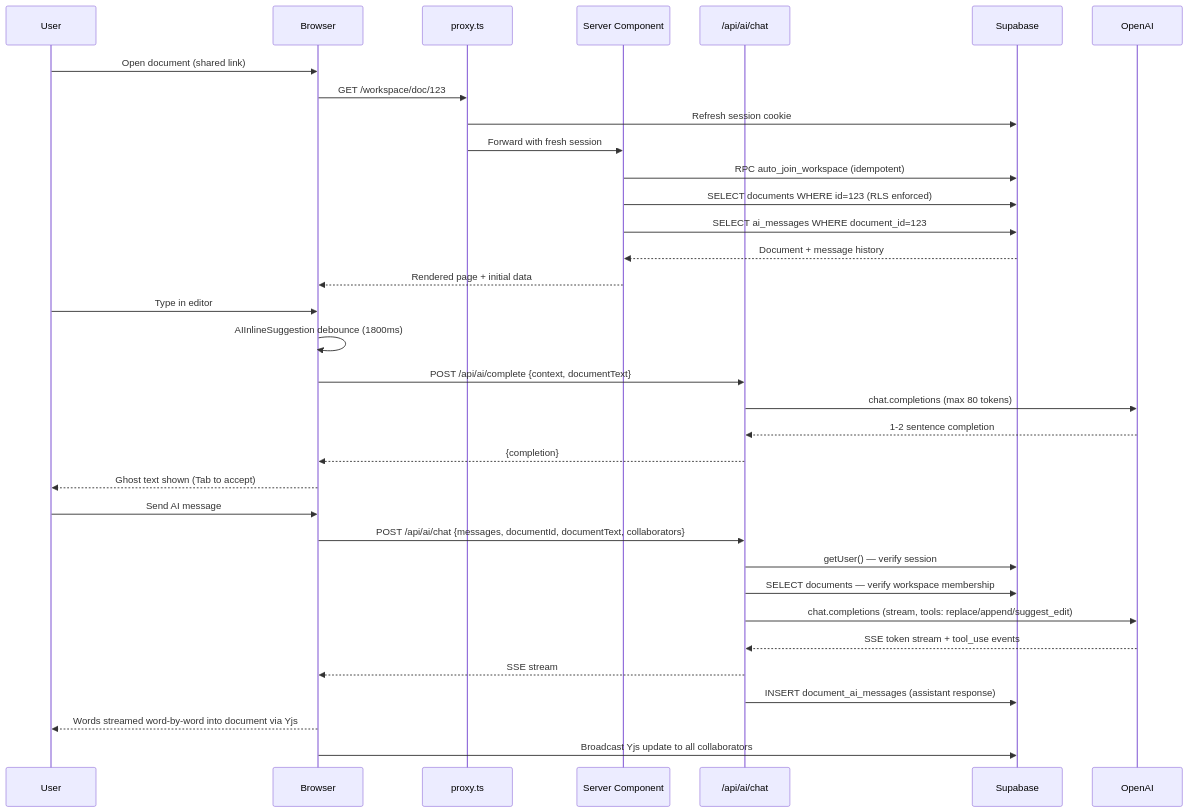
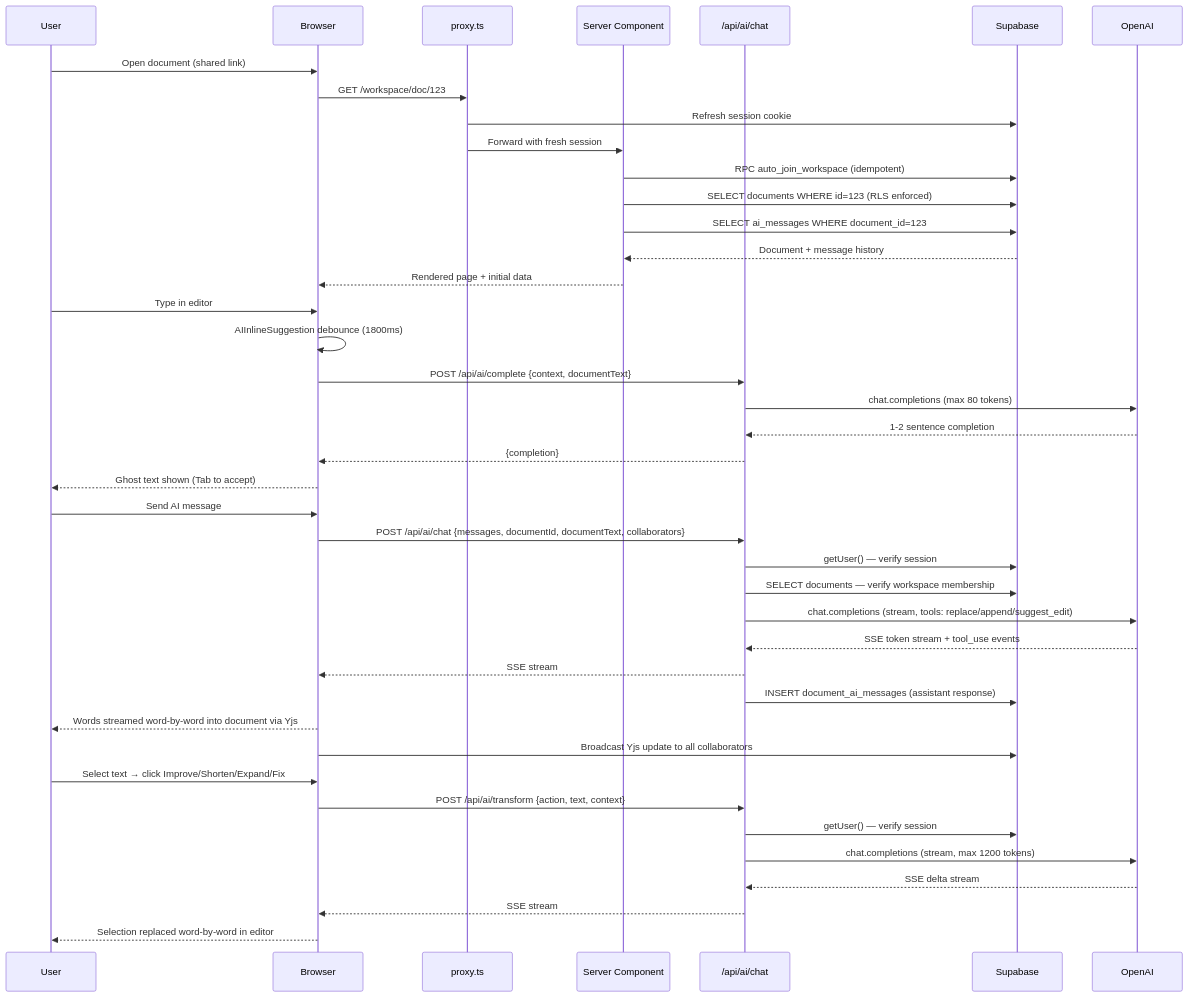
The second of 3 diagrams in README.md (CodeKage25/materi-demo), drawn with Mermaid before and after one commit. The commit also changed other lines of this file and 5 other files, not shown here.

Commit message:
feat: Introduce AI bubble menu for text transformations, markdown rendering in AI chat, and coworker profile visibility, with updated documentation.

````diff
--- a/README.md
+++ b/README.md
@@ -84,39 +94,47 @@
 ```mermaid
 sequenceDiagram
     participant U as User
     participant B as Browser
     participant MW as proxy.ts
     participant RSC as Server Component
     participant API as /api/ai/chat
     participant SB as Supabase
     participant OAI as OpenAI
 
     U->>B: Open document (shared link)
     B->>MW: GET /workspace/doc/123
     MW->>SB: Refresh session cookie
     MW->>RSC: Forward with fresh session
     RSC->>SB: RPC auto_join_workspace (idempotent)
     RSC->>SB: SELECT documents WHERE id=123 (RLS enforced)
     RSC->>SB: SELECT ai_messages WHERE document_id=123
     SB-->>RSC: Document + message history
     RSC-->>B: Rendered page + initial data
 
     U->>B: Type in editor
     B->>B: AIInlineSuggestion debounce (1800ms)
     B->>API: POST /api/ai/complete {context, documentText}
     API->>OAI: chat.completions (max 80 tokens)
     OAI-->>API: 1-2 sentence completion
     API-->>B: {completion}
     B-->>U: Ghost text shown (Tab to accept)
 
     U->>B: Send AI message
     B->>API: POST /api/ai/chat {messages, documentId, documentText, collaborators}
     API->>SB: getUser() — verify session
     API->>SB: SELECT documents — verify workspace membership
     API->>OAI: chat.completions (stream, tools: replace/append/suggest_edit)
     OAI-->>API: SSE token stream + tool_use events
     API-->>B: SSE stream
     API->>SB: INSERT document_ai_messages (assistant response)
     B-->>U: Words streamed word-by-word into document via Yjs
     B->>SB: Broadcast Yjs update to all collaborators
+
+    U->>B: Select text → click Improve/Shorten/Expand/Fix
+    B->>API: POST /api/ai/transform {action, text, context}
+    API->>SB: getUser() — verify session
+    API->>OAI: chat.completions (stream, max 1200 tokens)
+    OAI-->>API: SSE delta stream
+    API-->>B: SSE stream
+    B-->>U: Selection replaced word-by-word in editor
 ```
````
